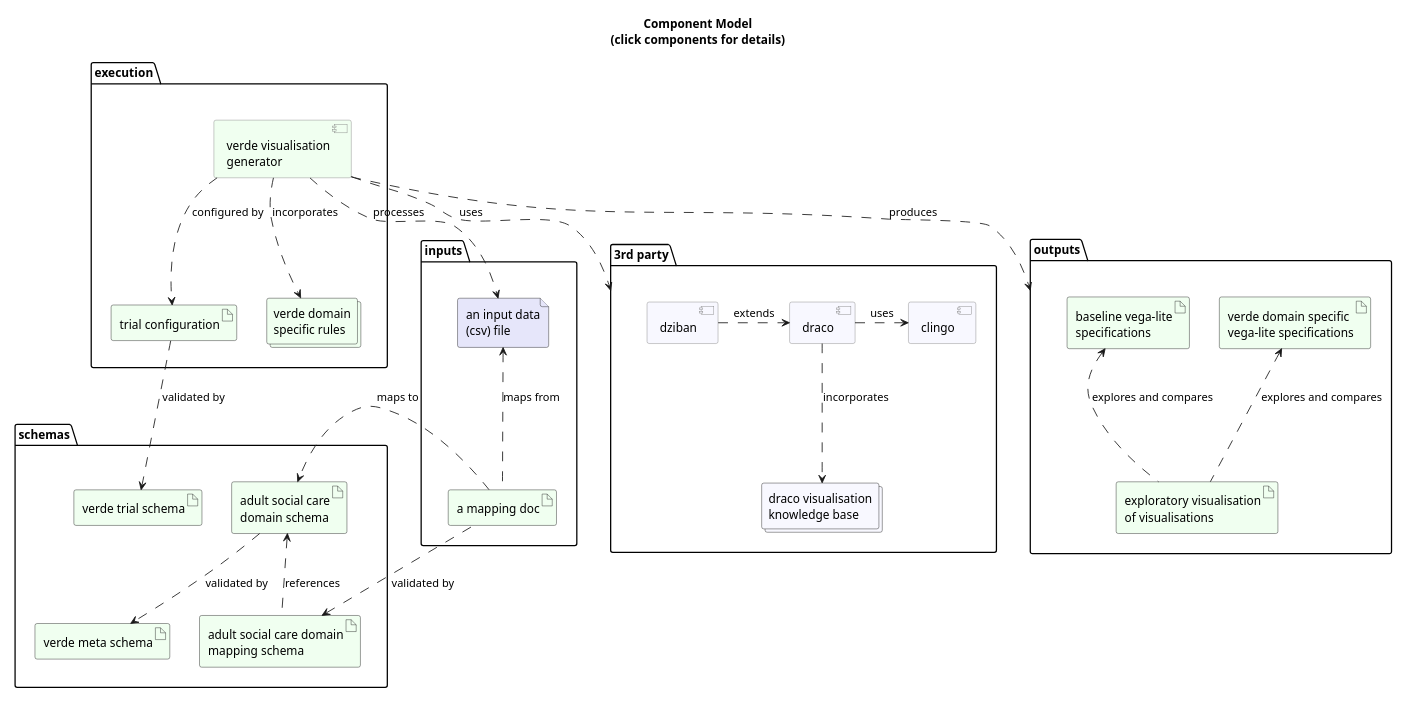
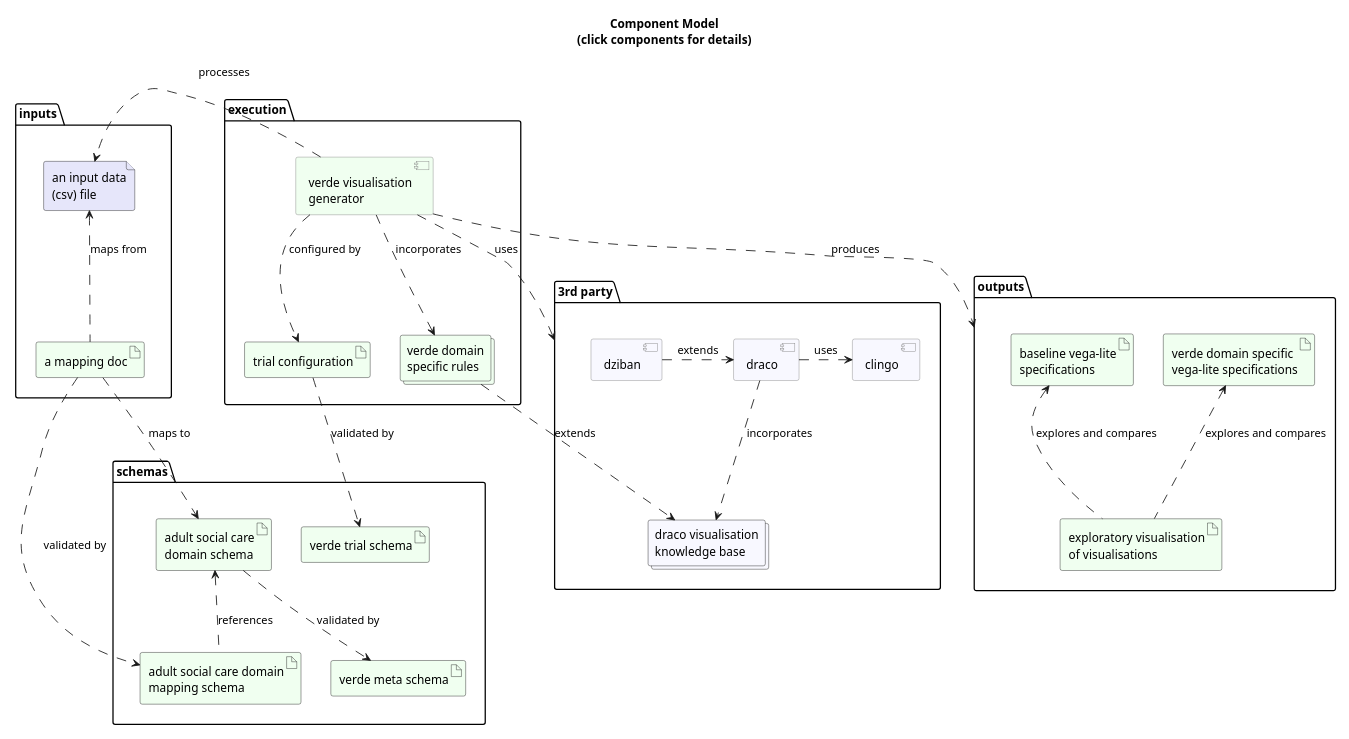
The diagram in docs/uml/components.puml (trubens71/verde), drawn with PlantUML before and after one commit. The commit also changed 1 other file, not shown here.

```diff
--- a/docs/uml/components.puml
+++ b/docs/uml/components.puml
@@ -1,65 +1,68 @@
 @startuml
 'scale 0.5
 skinparam shadowing false
 skinparam ComponentBorderColor gray
 allow_mixing
 
 title Component Model\n(click components for details)
 scale 0.6
 package "schemas" as schemas{
-    artifact "verde trial schema" as trial_schema [[https://github.com/trubens71/verde/blob/master/schemas/verde_trial_schema.json]] #honeydew
     artifact "verde meta schema" as meta_schema [[https://github.com/trubens71/verde/blob/master/schemas/verde_meta_schema.json]] #honeydew
     artifact "adult social care\ndomain schema" as asc_domain_schema [[https://github.com/trubens71/verde/blob/master/schemas/verde_asc_domain_schema.json]] #honeydew
     artifact "adult social care domain\nmapping schema" as asc_mapping_schema [[https://github.com/trubens71/verde/blob/master/schemas/verde_asc_domain_mapping_schema.json]] #honeydew
+    artifact "verde trial schema" as trial_schema [[https://github.com/trubens71/verde/blob/master/schemas/verde_trial_schema.json]] #honeydew
 }
 
 package "inputs" as inputs {
     file "an input data\n(csv) file" as input_data [[https://github.com/trubens71/verde/blob/master/asc_data/processed/set_01/AFR_T41_region_tidy.csv]] #Lavender
     artifact "a mapping doc" as mapping_doc [[https://github.com/trubens71/verde/blob/master/asc_data/processed/set_01/AFR_T41_region_tidy_mapping.json]] #honeydew
 }
 
 package "outputs" as outputs {
     artifact "baseline vega-lite\nspecifications" as baseline_specs [[https://trubens71.github.io/verde/laboratory/trial_02_ut/regression/vegalite/trial_02_ut.exp_01_view_all_vl.html]] #honeydew
     artifact "verde domain specific\nvega-lite specifications" as verde_specs [[https://trubens71.github.io/verde/laboratory/trial_02_ut/regression/vegalite/trial_02_ut.exp_01_view_all_vl.html]] #honeydew
     artifact "exploratory visualisation\nof visualisations" as exploratory_vis [[https://trubens71.github.io/verde/laboratory/trial_03_ut/regression/vegalite/trial_03_ut.exp_01_view_compare.html]] #honeydew
 }
 
 package "execution" as execution {
     artifact "trial configuration" as trial_config [[https://github.com/trubens71/verde/blob/master/laboratory/example/trial.yaml]] #honeydew
     component [verde visualisation\ngenerator] as verde [[https://github.com/trubens71/verde/tree/master/src]] #honeydew
     collections "verde domain\nspecific rules" as verde_rules [[https://github.com/trubens71/verde/tree/master/asp/verde_rule_templates]] #honeydew
 }
 
 package "3rd party" as third_party {
     component [draco] as draco [[https://github.com/uwdata/draco]] #ghostwhite
     component [clingo] as clingo [[https://github.com/potassco/clingo]] #ghostwhite
     collections "draco visualisation\nknowledge base" as draco_kb [[https://github.com/trubens71/verde/tree/master/asp/draco_base]] #GhostWhite
     component [dziban] as dziban [[https://github.com/uwdata/dziban]] #ghostwhite
 }
 
 inputs .[hidden]d.> execution
 inputs .[hidden]r.> schemas
 execution .[hidden]r.> third_party
 execution .[hidden]d.> outputs
+'outputs .[hidden]d.> third_party
 
 asc_domain_schema .down.> meta_schema : validated by
 trial_config .down.> trial_schema : validated by
-mapping_doc .left.> asc_mapping_schema : validated by
+mapping_doc ..> asc_mapping_schema : validated by
 asc_mapping_schema .up.> asc_domain_schema : references
 mapping_doc ..> asc_domain_schema : maps to
 mapping_doc .up.> input_data : maps from
 
 verde ..> trial_config : configured by
 verde ..> verde_rules : incorporates
 verde ..> third_party : uses
 verde ..> input_data : processes
 verde ..> outputs : produces
 
 draco .r.> clingo : uses
 draco .d.> draco_kb : incorporates
 dziban .r.> draco : extends
 
+verde_rules ..> draco_kb : extends
+
 exploratory_vis .u.> baseline_specs :  explores and compares
 exploratory_vis .u.> verde_specs :  explores and compares
 
 @enduml
```
